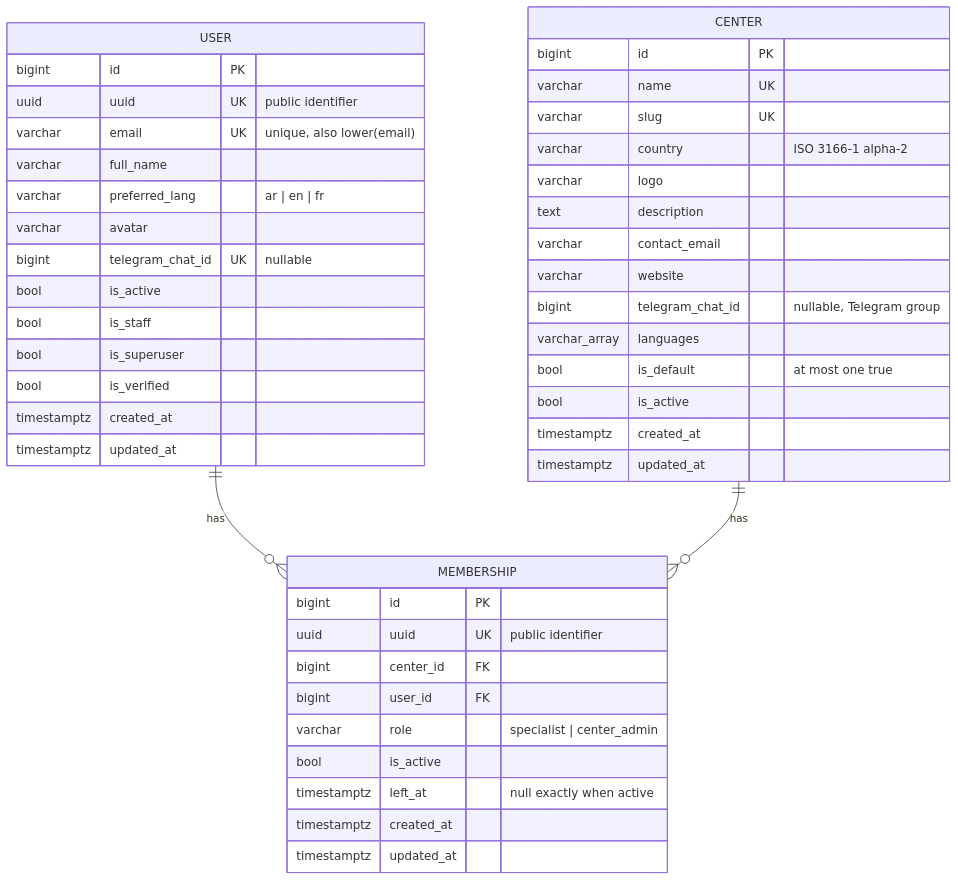
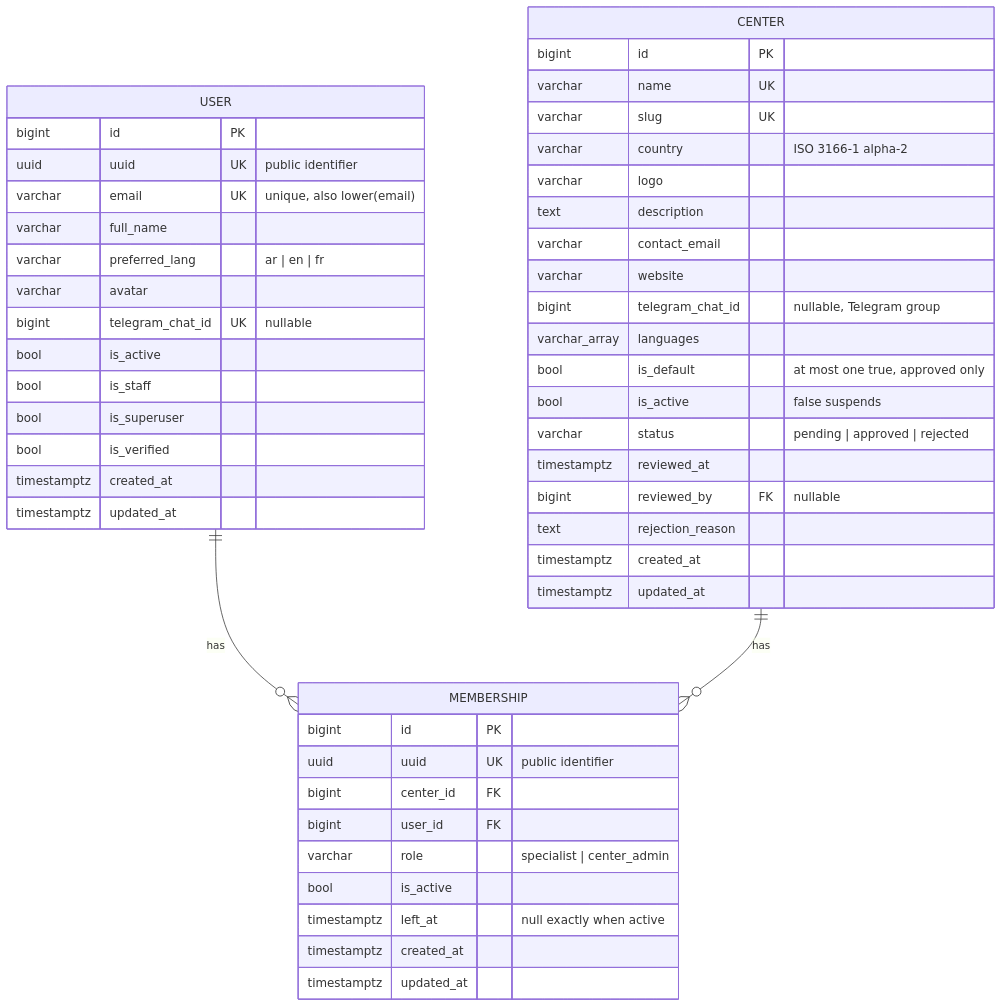
Before and after one commit to Sohaib-radi/musnid-backend: the diagram in docs/architecture/data-model.md, drawn with Mermaid. The commit also changed other lines of this file and 67 other files, not shown here.

````diff
--- a/docs/architecture/data-model.md
+++ b/docs/architecture/data-model.md
@@ -14,48 +14,52 @@
 ```mermaid
 erDiagram
     USER ||--o{ MEMBERSHIP : "has"
     CENTER ||--o{ MEMBERSHIP : "has"
 
     USER {
         bigint id PK
         uuid uuid UK "public identifier"
         varchar email UK "unique, also lower(email)"
         varchar full_name
         varchar preferred_lang "ar | en | fr"
         varchar avatar
         bigint telegram_chat_id UK "nullable"
         bool is_active
         bool is_staff
         bool is_superuser
         bool is_verified
         timestamptz created_at
         timestamptz updated_at
     }
     CENTER {
         bigint id PK
         varchar name UK
         varchar slug UK
         varchar country "ISO 3166-1 alpha-2"
         varchar logo
         text description
         varchar contact_email
         varchar website
         bigint telegram_chat_id "nullable, Telegram group"
         varchar_array languages
-        bool is_default "at most one true"
-        bool is_active
+        bool is_default "at most one true, approved only"
+        bool is_active "false suspends"
+        varchar status "pending | approved | rejected"
+        timestamptz reviewed_at
+        bigint reviewed_by FK "nullable"
+        text rejection_reason
         timestamptz created_at
         timestamptz updated_at
     }
     MEMBERSHIP {
         bigint id PK
         uuid uuid UK "public identifier"
         bigint center_id FK
         bigint user_id FK
         varchar role "specialist | center_admin"
         bool is_active
         timestamptz left_at "null exactly when active"
         timestamptz created_at
         timestamptz updated_at
     }
 ```
````
